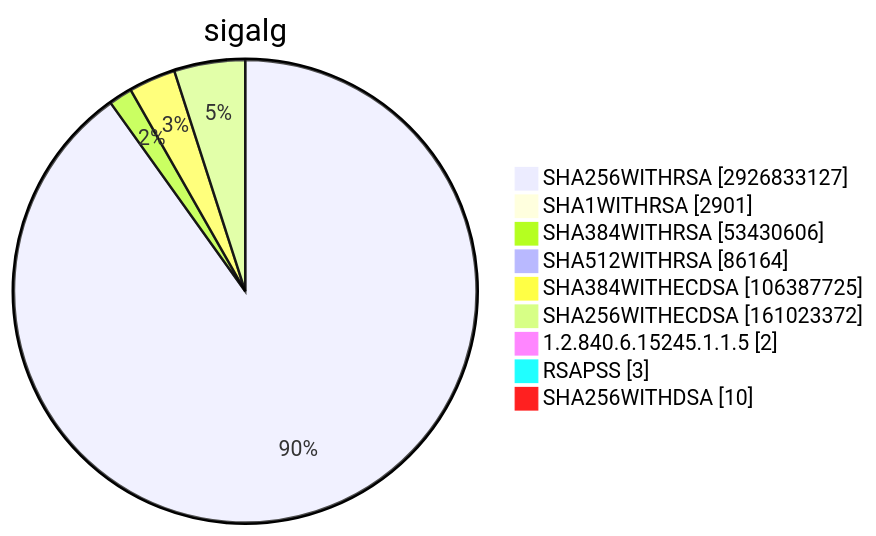
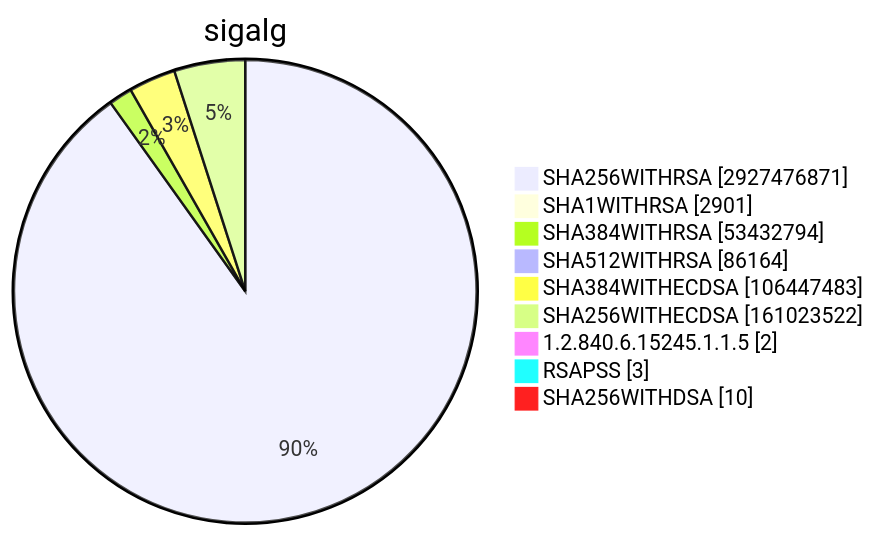
Diagram 15 of 15 in TOTAL/README.md (christiankrug/ctmonitor_visualization), drawn with Mermaid before and after one commit. The commit also changed other lines of this file, not shown here.

````diff
--- a/TOTAL/README.md
+++ b/TOTAL/README.md
@@ -6207,13 +6207,13 @@
 ```mermaid
 pie showData
 title sigalg
-"SHA256WITHRSA" :2926833127
+"SHA256WITHRSA" :2927476871
 "SHA1WITHRSA" :2901
-"SHA384WITHRSA" :53430606
+"SHA384WITHRSA" :53432794
 "SHA512WITHRSA" :86164
-"SHA384WITHECDSA" :106387725
-"SHA256WITHECDSA" :161023372
+"SHA384WITHECDSA" :106447483
+"SHA256WITHECDSA" :161023522
 "1.2.840.6.15245.1.1.5" :2
 "RSAPSS" :3
 "SHA256WITHDSA" :10
 ```
````
